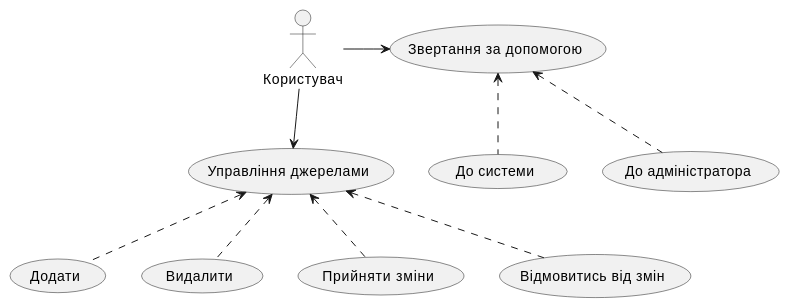
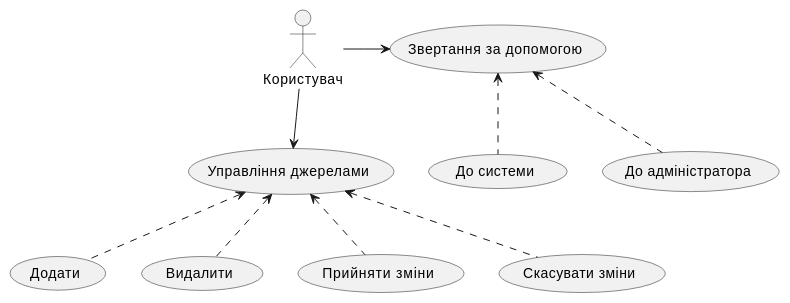
One commit to alinagts/media-content-analyze-system changed the second of 2 diagrams in docs/use cases/README.md. Above: the diagram before and after it, drawn with PlantUML. The commit also changed other lines of this file, not shown here.

```diff
--- a/docs/use cases/README.md
+++ b/docs/use cases/README.md
@@ -44,26 +43,26 @@
 @startuml  
 
     actor "Користувач" as User  
 
     usecase "Звертання за допомогою" as Help  
     usecase "До системи" as SystemHelp  
     usecase "До адміністратора" as AdminHelp  
 
     AdminHelp .u.> Help  
     SystemHelp .u.> Help  
 
     usecase "Управління джерелами" as Sources  
     usecase "Додати" as Add  
     usecase "Видалити" as Remove  
     usecase "Прийняти зміни" as Accept  
-    usecase "Відмовитись від змін" as Cancel  
+    usecase "Скасувати зміни" as Cancel  
 
     Add .u.> Sources  
     Remove .u.> Sources  
     Accept .u.> Sources  
     Cancel .u.> Sources  
 
     User -> Help  
     User --> Sources  
 
 @enduml  
```
